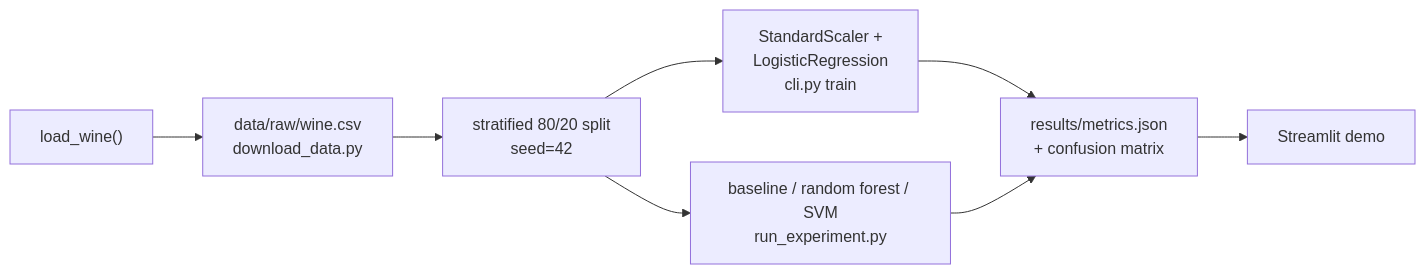
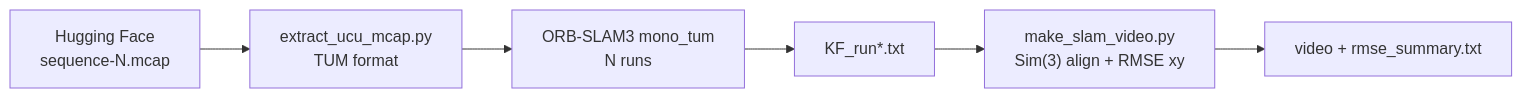
One commit to MaksHobela/ai_benchmark_hobela_hapiuk changed the diagram in README.md. Above: the diagram before and after it, drawn with Mermaid. The commit also changed other lines of this file and 18 other files, not shown here.

````diff
--- a/README.md
+++ b/README.md
@@ -37,10 +46,8 @@
 ```mermaid
 flowchart LR
-    A["load_wine()"] --> B["data/raw/wine.csv\ndownload_data.py"]
-    B --> C["stratified 80/20 split\nseed=42"]
-    C --> D["StandardScaler +\nLogisticRegression\ncli.py train"]
-    C --> E["baseline / random forest / SVM\nrun_experiment.py"]
-    D --> F["results/metrics.json\n+ confusion matrix"]
-    E --> F
-    F --> G["Streamlit demo"]
+    A["Hugging Face\nsequence-N.mcap"] --> B["extract_ucu_mcap.py\nTUM format"]
+    B --> C["ORB-SLAM3 mono_tum\nN runs"]
+    C --> D["KF_run*.txt"]
+    D --> E["make_slam_video.py\nSim(3) align + RMSE xy"]
+    E --> F["video + rmse_summary.txt"]
 ```
````
